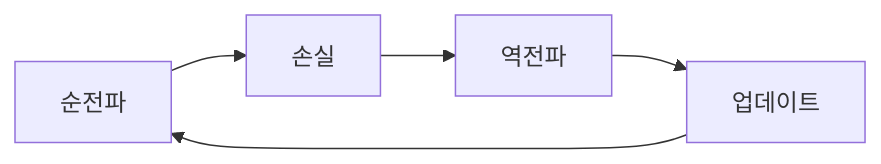
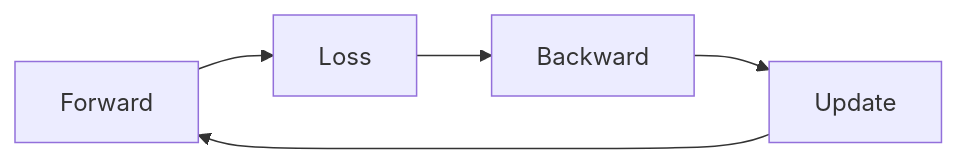
One commit to yeongseon-books/book-content changed the diagram in content/calculus-for-ml-101/ko/10-calculus-in-deep-learning.md. Above: the diagram before and after it, drawn with Mermaid. The commit also changed other lines of this file and 9 other files, not shown here.

````diff
--- a/content/calculus-for-ml-101/ko/10-calculus-in-deep-learning.md
+++ b/content/calculus-for-ml-101/ko/10-calculus-in-deep-learning.md
@@ -53,7 +63,7 @@
 ```mermaid
 flowchart LR
-    F[순전파] --> L[손실]
-    L --> B[역전파]
-    B --> U[업데이트]
+    F[Forward] --> L[Loss]
+    L --> B[Backward]
+    B --> U[Update]
     U --> F
 ```
````
